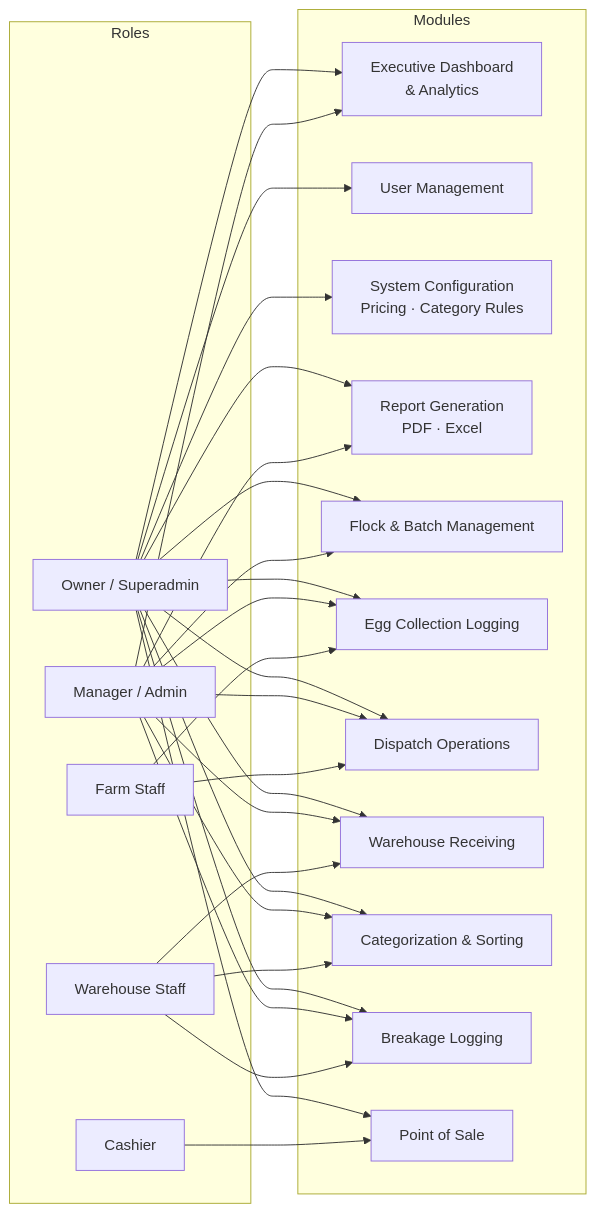
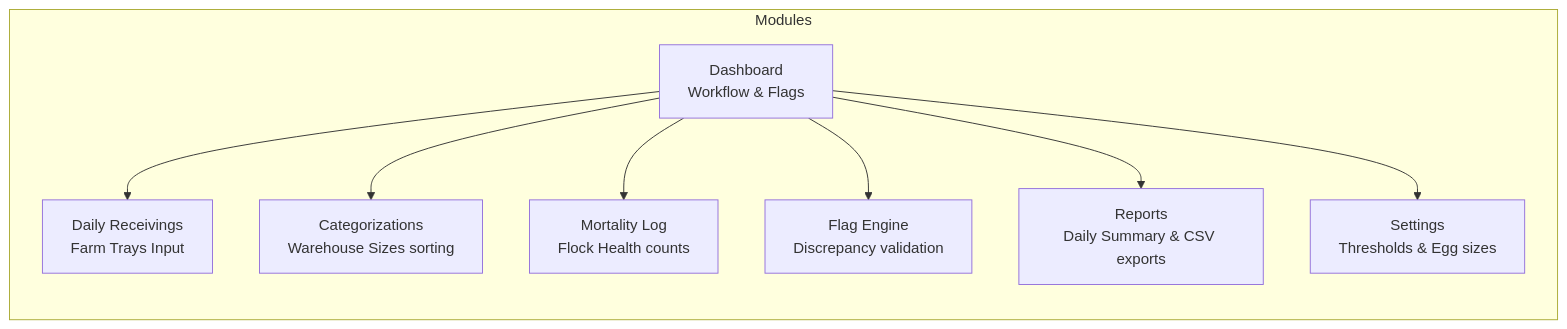
The second of 5 diagrams in projects/Corporate Egg Production and Delivery Business/architecture/architecture.md (Antonyo27/My-Projects), drawn with Mermaid before and after one commit. The commit also changed other lines of this file and 27 other files, not shown here.

````diff
--- a/projects/Corporate Egg Production and Delivery Business/architecture/architecture.md
+++ b/projects/Corporate Egg Production and Delivery Business/architecture/architecture.md
@@ -45,30 +41,14 @@
 ```mermaid
 graph LR
-    subgraph Roles
-        OWNER[Owner / Superadmin]
-        ADMIN[Manager / Admin]
-        FSTAFF[Farm Staff]
-        WSTAFF[Warehouse Staff]
-        CASHIER[Cashier]
+    subgraph Modules
+        DASH[Dashboard<br/>Workflow & Flags]
+        REC[Daily Receivings<br/>Farm Trays Input]
+        CAT[Categorizations<br/>Warehouse Sizes sorting]
+        MORT[Mortality Log<br/>Flock Health counts]
+        FLAGS[Flag Engine<br/>Discrepancy validation]
+        REP[Reports<br/>Daily Summary & CSV exports]
+        SET[Settings<br/>Thresholds & Egg sizes]
     end
 
-    subgraph Modules
-        EXEC[Executive Dashboard<br/>& Analytics]
-        USERMGMT[User Management]
-        SETTINGS[System Configuration<br/>Pricing · Category Rules]
-        REPORTS[Report Generation<br/>PDF · Excel]
-        FLOCK[Flock & Batch Management]
-        COLLECTION[Egg Collection Logging]
-        DISPATCH[Dispatch Operations]
-        RECEIVING[Warehouse Receiving]
-        CATEGORIZE[Categorization & Sorting]
-        BREAKAGE[Breakage Logging]
-        POS[Point of Sale]
-    end
-
-    OWNER --> EXEC & USERMGMT & SETTINGS & REPORTS & FLOCK & COLLECTION & DISPATCH & RECEIVING & CATEGORIZE & BREAKAGE & POS
-    ADMIN --> EXEC & REPORTS & FLOCK & COLLECTION & DISPATCH & RECEIVING & CATEGORIZE & BREAKAGE
-    FSTAFF --> COLLECTION & DISPATCH
-    WSTAFF --> RECEIVING & CATEGORIZE & BREAKAGE
-    CASHIER --> POS
+    DASH --> REC & CAT & MORT & FLAGS & REP & SET
 ```
````
